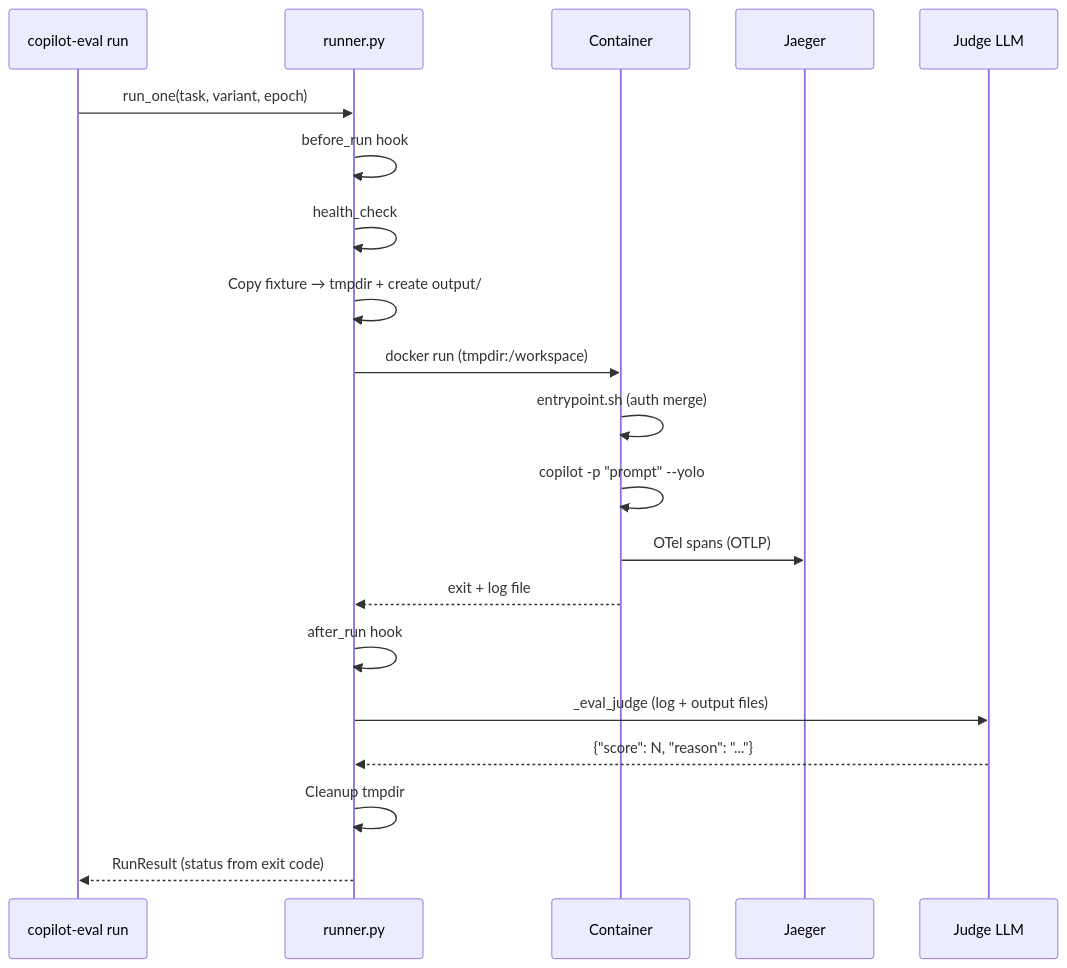
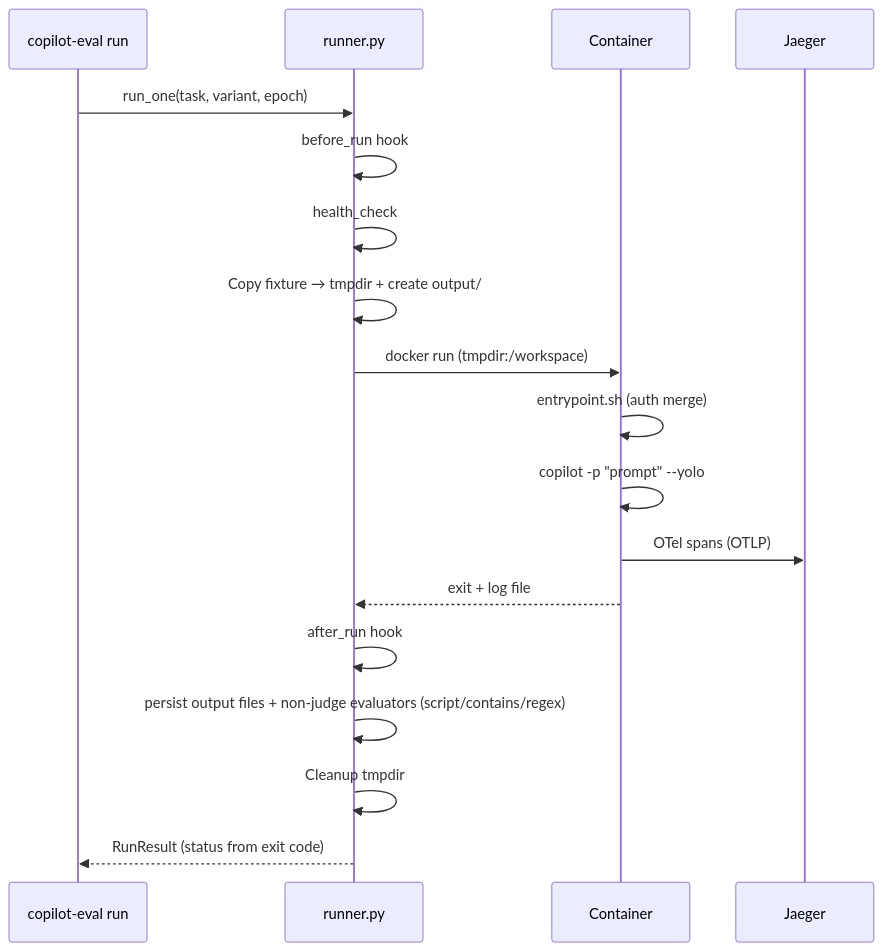
The first of 2 diagrams in docs/architecture.md (openjny/copilot-eval), drawn with Mermaid before and after one commit. The commit also changed other lines of this file and 5 other files, not shown here.

````diff
--- a/docs/architecture.md
+++ b/docs/architecture.md
@@ -30,23 +30,21 @@
 ```mermaid
 sequenceDiagram
     participant CLI as copilot-eval run
     participant Runner as runner.py
     participant Docker as Container
     participant Jaeger as Jaeger
-    participant Judge as Judge LLM
 
     CLI->>Runner: run_one(task, variant, epoch)
     Runner->>Runner: before_run hook
     Runner->>Runner: health_check
     Runner->>Runner: Copy fixture → tmpdir + create output/
     Runner->>Docker: docker run (tmpdir:/workspace)
     Docker->>Docker: entrypoint.sh (auth merge)
     Docker->>Docker: copilot -p "prompt" --yolo
     Docker->>Jaeger: OTel spans (OTLP)
     Docker-->>Runner: exit + log file
     Runner->>Runner: after_run hook
-    Runner->>Judge: _eval_judge (log + output files)
-    Judge-->>Runner: {"score": N, "reason": "..."}
+    Runner->>Runner: persist output files + non-judge evaluators (script/contains/regex)
     Runner->>Runner: Cleanup tmpdir
     Runner-->>CLI: RunResult (status from exit code)
 ```
````
